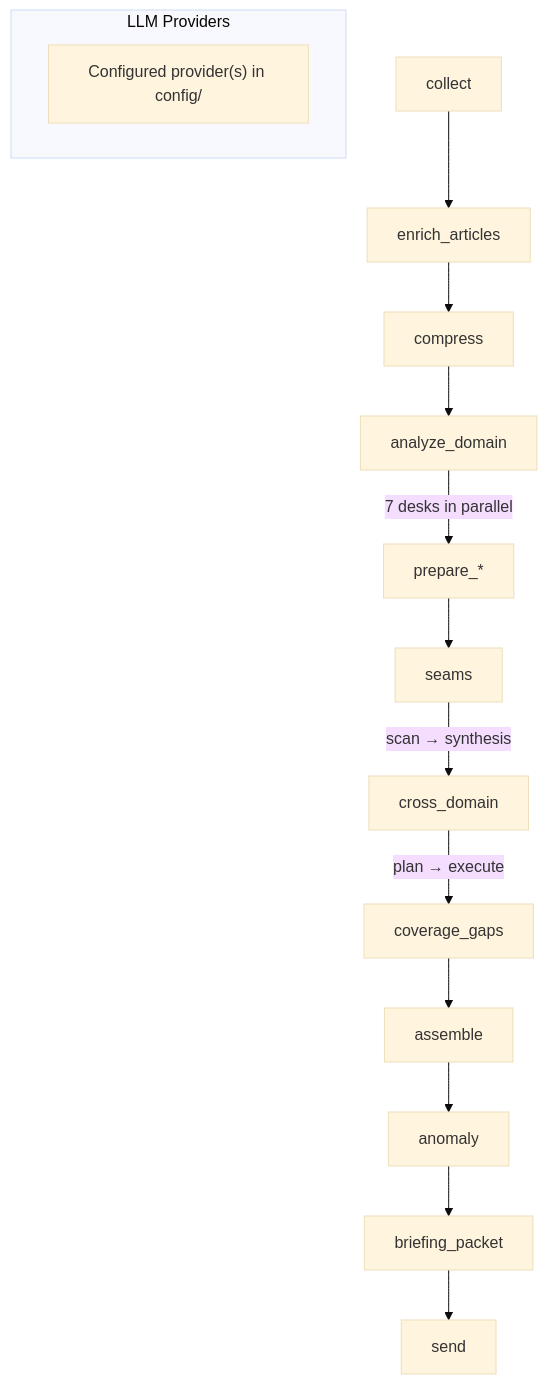
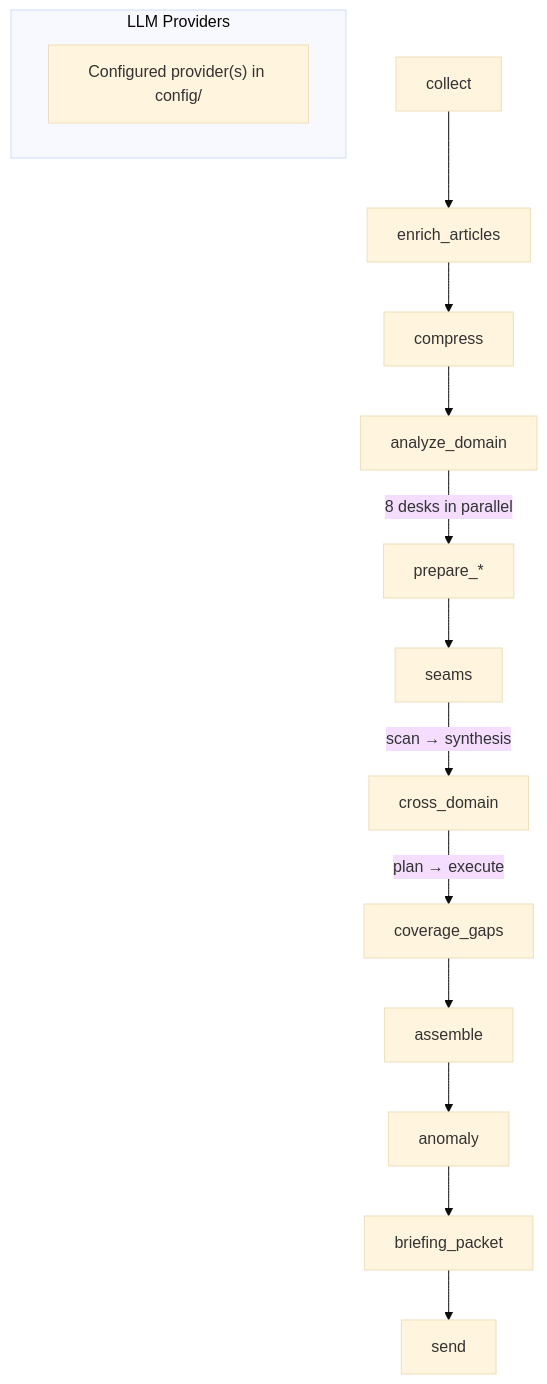
One commit to Aaron-Fine/morning-briefing changed the second of 2 diagrams in README.md. Above: the diagram before and after it, drawn with Mermaid (base theme). The commit also changed other lines of this file and 29 other files, not shown here.

````diff
--- a/README.md
+++ b/README.md
@@ -57,18 +57,18 @@
 ```mermaid
 graph TD
     collect --> enrich_articles
     enrich_articles --> compress
     compress --> analyze_domain
-    analyze_domain -->|"7 desks in parallel"| prepare["prepare_*"]
+    analyze_domain -->|"8 desks in parallel"| prepare["prepare_*"]
     prepare --> seams
     seams -->|"scan → synthesis"| cross_domain
     cross_domain -->|"plan → execute"| coverage_gaps
     coverage_gaps --> assemble
     assemble --> anomaly
     anomaly --> briefing_packet
     briefing_packet --> send
 
     subgraph LLM Providers
         CFG["Configured provider(s) in config/"]
     end
 ```
````
